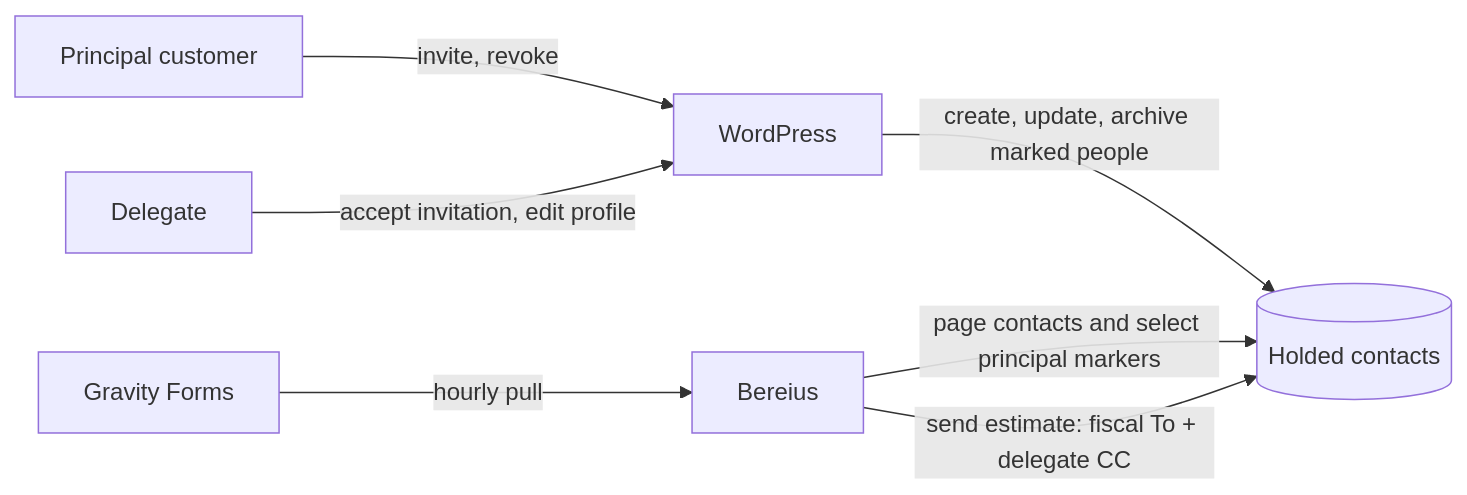
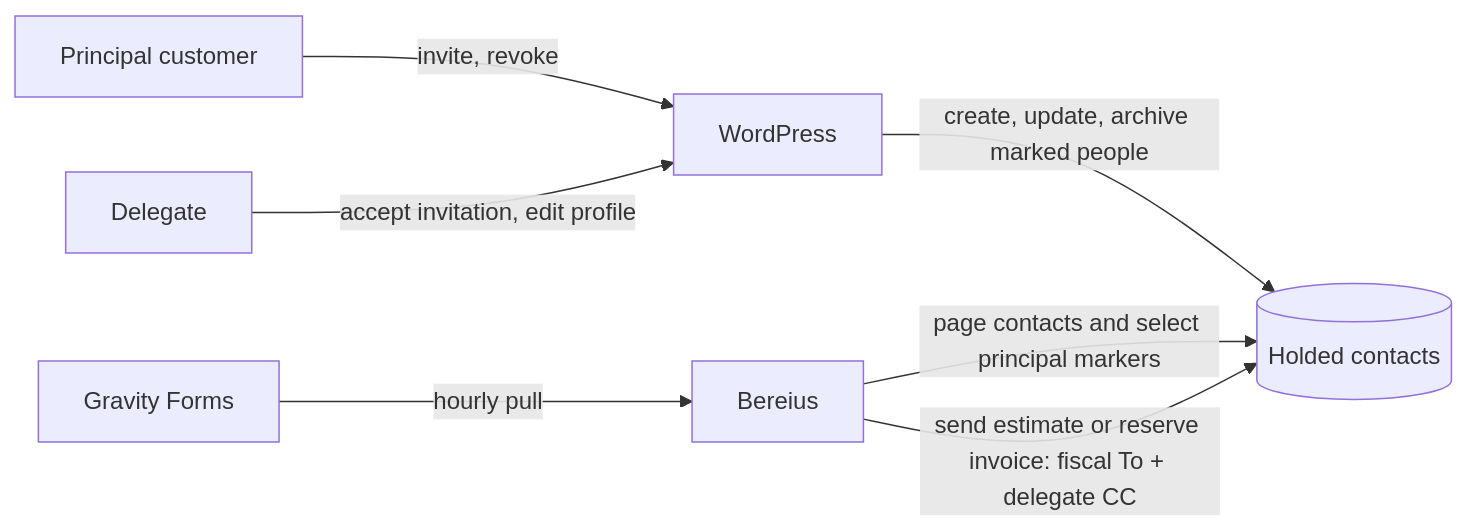
Before and after one commit to JoelCantero/bereius: the diagram in specs/20260912-customer-delegates/spec.md, drawn with Mermaid. The commit also changed other lines of this file and 94 other files, not shown here.

Commit message:
Implement Holded bank reconciliation and reserve invoices

````diff
--- a/specs/20260912-customer-delegates/spec.md
+++ b/specs/20260912-customer-delegates/spec.md
@@ -27,9 +28,9 @@
 ```mermaid
 flowchart LR
     Principal[Principal customer] -->|invite, revoke| WP[WordPress]
     Delegate[Delegate] -->|accept invitation, edit profile| WP
     WP -->|create, update, archive marked people| Holded[(Holded contacts)]
     GF[Gravity Forms] -->|hourly pull| Bereius[Bereius]
     Bereius -->|page contacts and select principal markers| Holded
-    Bereius -->|send estimate: fiscal To + delegate CC| Holded
+    Bereius -->|send estimate or reserve invoice: fiscal To + delegate CC| Holded
 ```
````
